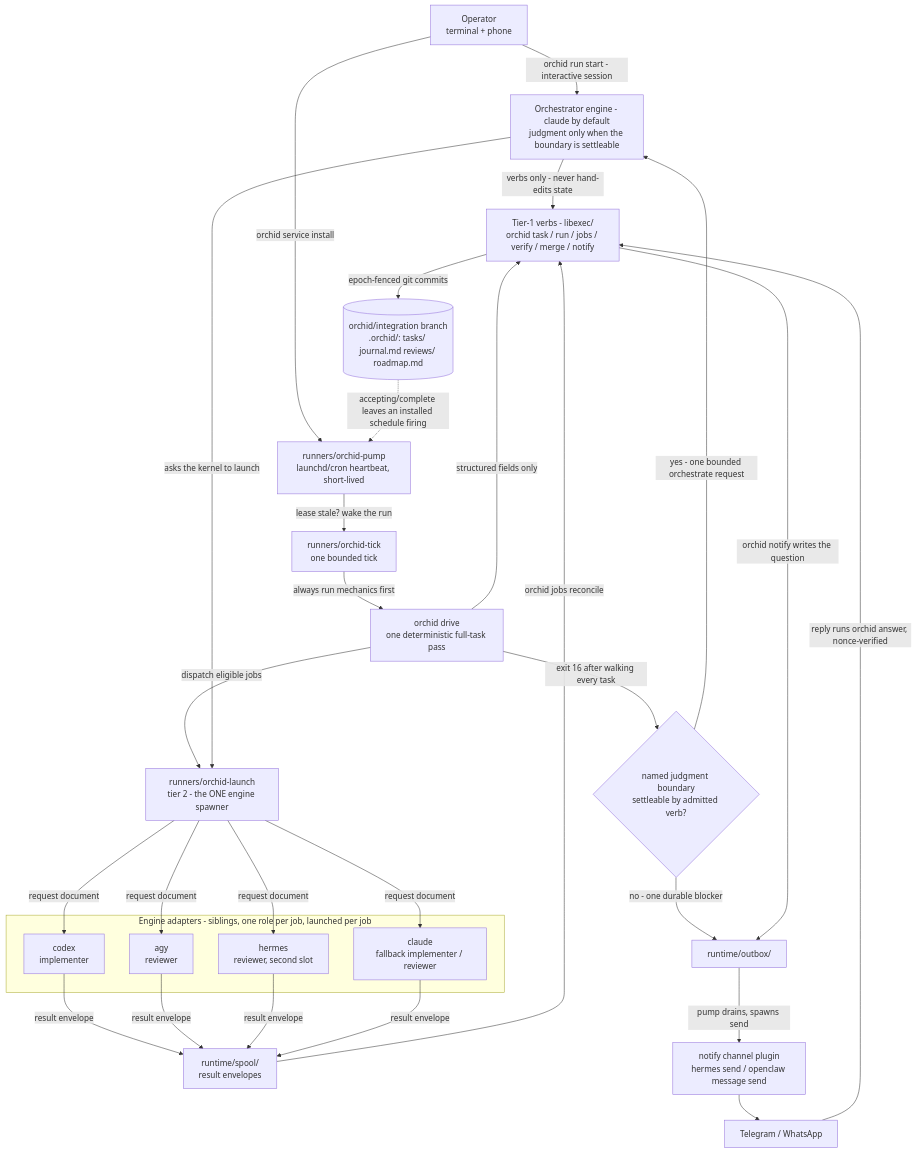
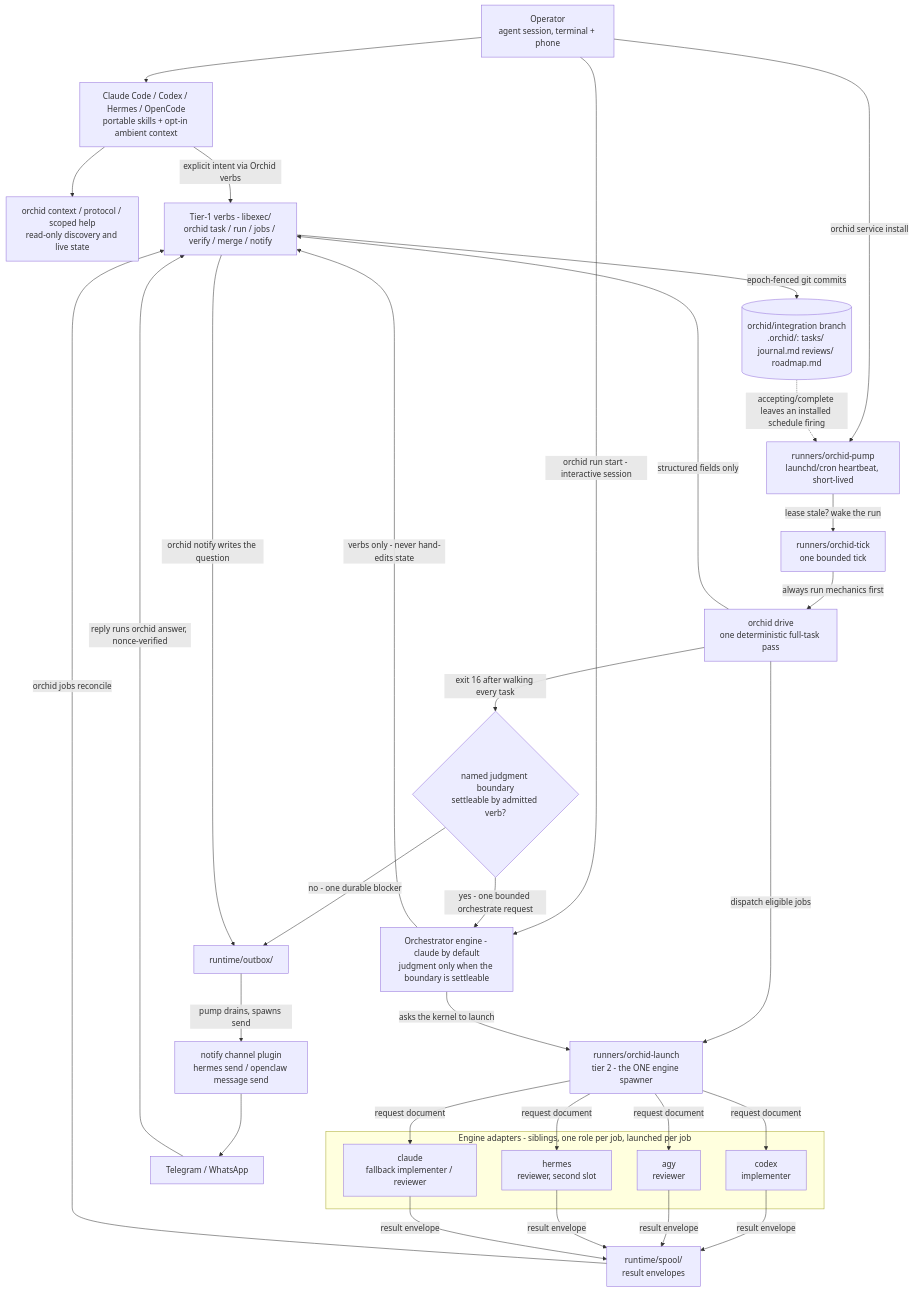
The first of 5 diagrams in docs/architecture.md (bilal-/orchid), drawn with Mermaid before and after one commit. The commit also changed other lines of this file and 91 other files, not shown here.

Commit message:
feat: make Orchid agent-first with AXI command and frontend contracts

````diff
--- a/docs/architecture.md
+++ b/docs/architecture.md
@@ -21,49 +29,54 @@
 ```mermaid
 flowchart TD
-    OP["Operator<br/>terminal + phone"]
+    OP["Operator<br/>agent session, terminal + phone"]
+    HOST["Claude Code / Codex / Hermes / OpenCode<br/>portable skills + opt-in ambient context"]
+    CONTEXT["orchid context / protocol / scoped help<br/>read-only discovery and live state"]
     PUMP["runners/orchid-pump<br/>launchd/cron heartbeat, short-lived"]
     TICK["runners/orchid-tick<br/>one bounded tick"]
     DRIVE["orchid drive<br/>one deterministic full-task pass"]
     BOUNDARY{"named judgment boundary<br/>settleable by admitted verb?"}
     ORCH["Orchestrator engine - claude by default<br/>judgment only when the boundary is settleable"]
     VERBS["Tier-1 verbs - libexec/<br/>orchid task / run / jobs / verify / merge / notify"]
     LAUNCH["runners/orchid-launch<br/>tier 2 - the ONE engine spawner"]
     subgraph ENGINES["Engine adapters - siblings, one role per job, launched per job"]
         COD["codex<br/>implementer"]
         AGY["agy<br/>reviewer"]
         HER["hermes<br/>reviewer, second slot"]
         CLA["claude<br/>fallback implementer / reviewer"]
     end
     SPOOL["runtime/spool/<br/>result envelopes"]
     STATE[("orchid/integration branch<br/>.orchid/: tasks/ journal.md reviews/ roadmap.md")]
     OUTBOX["runtime/outbox/"]
     CHAN["notify channel plugin<br/>hermes send / openclaw message send"]
     PHONE["Telegram / WhatsApp"]
 
+    OP --> HOST
+    HOST --> CONTEXT
+    HOST -->|"explicit intent via Orchid verbs"| VERBS
     OP -->|"orchid run start - interactive session"| ORCH
     OP -->|"orchid service install"| PUMP
     PUMP -->|"lease stale? wake the run"| TICK
     TICK -->|"always run mechanics first"| DRIVE
     DRIVE -->|"exit 16 after walking every task"| BOUNDARY
     BOUNDARY -->|"yes - one bounded orchestrate request"| ORCH
     BOUNDARY -->|"no - one durable blocker"| OUTBOX
     DRIVE -->|"structured fields only"| VERBS
     DRIVE -->|"dispatch eligible jobs"| LAUNCH
     ORCH -->|"verbs only - never hand-edits state"| VERBS
     ORCH -->|"asks the kernel to launch"| LAUNCH
     LAUNCH -->|"request document"| COD
     LAUNCH -->|"request document"| AGY
     LAUNCH -->|"request document"| HER
     LAUNCH -->|"request document"| CLA
     COD -->|"result envelope"| SPOOL
     AGY -->|"result envelope"| SPOOL
     HER -->|"result envelope"| SPOOL
     CLA -->|"result envelope"| SPOOL
     SPOOL -->|"orchid jobs reconcile"| VERBS
     VERBS -->|"epoch-fenced git commits"| STATE
     STATE -.->|"accepting/complete leaves an installed schedule firing"| PUMP
     VERBS -->|"orchid notify writes the question"| OUTBOX
     OUTBOX -->|"pump drains, spawns send"| CHAN
     CHAN --> PHONE
     PHONE -->|"reply runs orchid answer, nonce-verified"| VERBS
 ```
````
